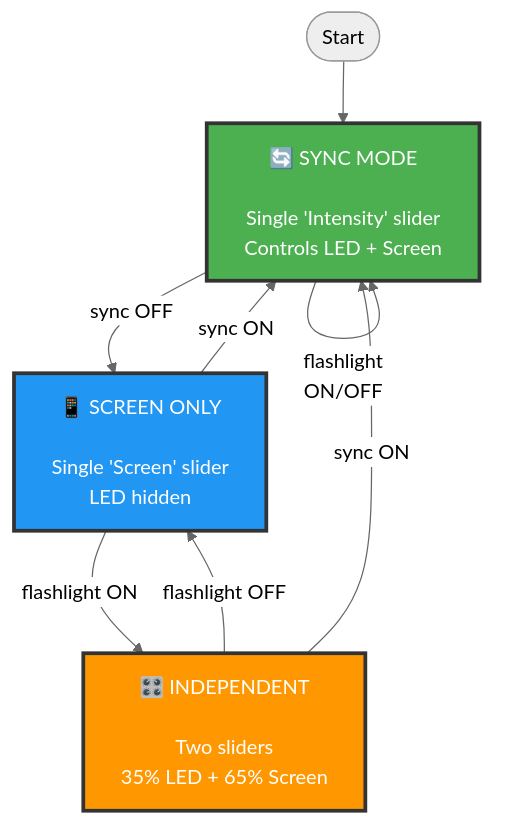
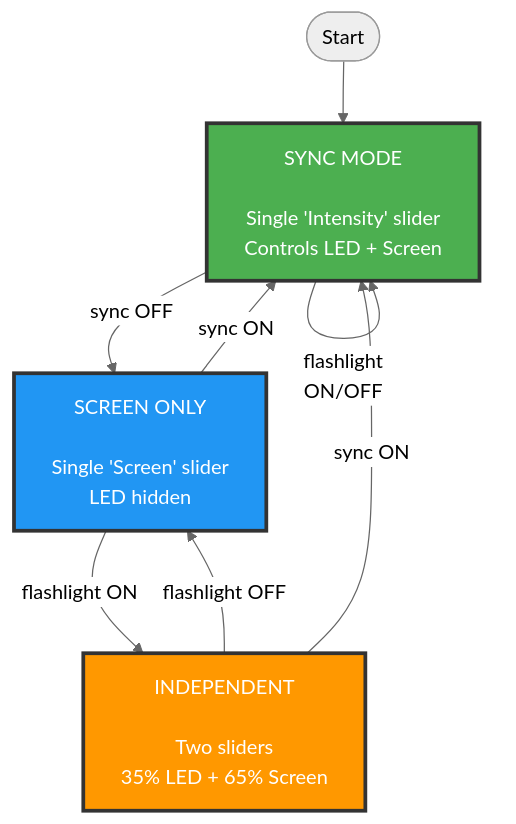
The diagram in README.md (boazmichaely/flashlight-app), drawn with Mermaid (neutral theme) before and after one commit.

Commit message:
🧹 Clean up state machine diagram - remove decorative icons
- State names now clean and professional
- Focus on functional information only
- Better technical documentation style

````diff
--- a/README.md
+++ b/README.md
@@ -44,21 +44,21 @@
 ```mermaid
 flowchart TD
     Start([Start]) --> A
     
-    A["🔄 SYNC MODE<br/><br/>Single 'Intensity' slider<br/>Controls LED + Screen"]
-    B["📱 SCREEN ONLY<br/><br/>Single 'Screen' slider<br/>LED hidden"]  
-    C["🎛️ INDEPENDENT<br/><br/>Two sliders<br/>35% LED + 65% Screen"]
+    A["SYNC MODE<br/><br/>Single 'Intensity' slider<br/>Controls LED + Screen"]
+    B["SCREEN ONLY<br/><br/>Single 'Screen' slider<br/>LED hidden"]  
+    C["INDEPENDENT<br/><br/>Two sliders<br/>35% LED + 65% Screen"]
     
     A -->|sync OFF| B
     A -->|flashlight<br/>ON/OFF| A
     
     B -->|sync ON| A
     B -->|flashlight ON| C
     
     C -->|flashlight OFF| B
     C -->|sync ON| A
     
     style A fill:#4CAF50,stroke:#333,stroke-width:3px,color:#fff
     style B fill:#2196F3,stroke:#333,stroke-width:3px,color:#fff  
     style C fill:#FF9800,stroke:#333,stroke-width:3px,color:#fff
 ```
````
